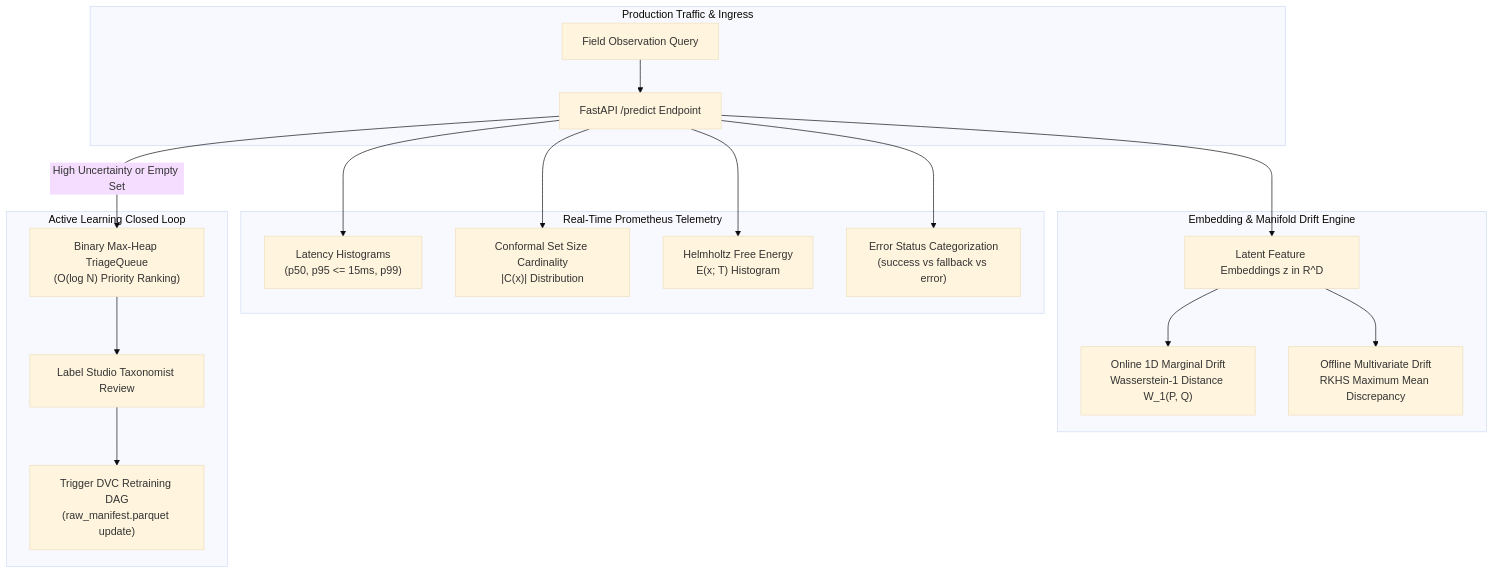
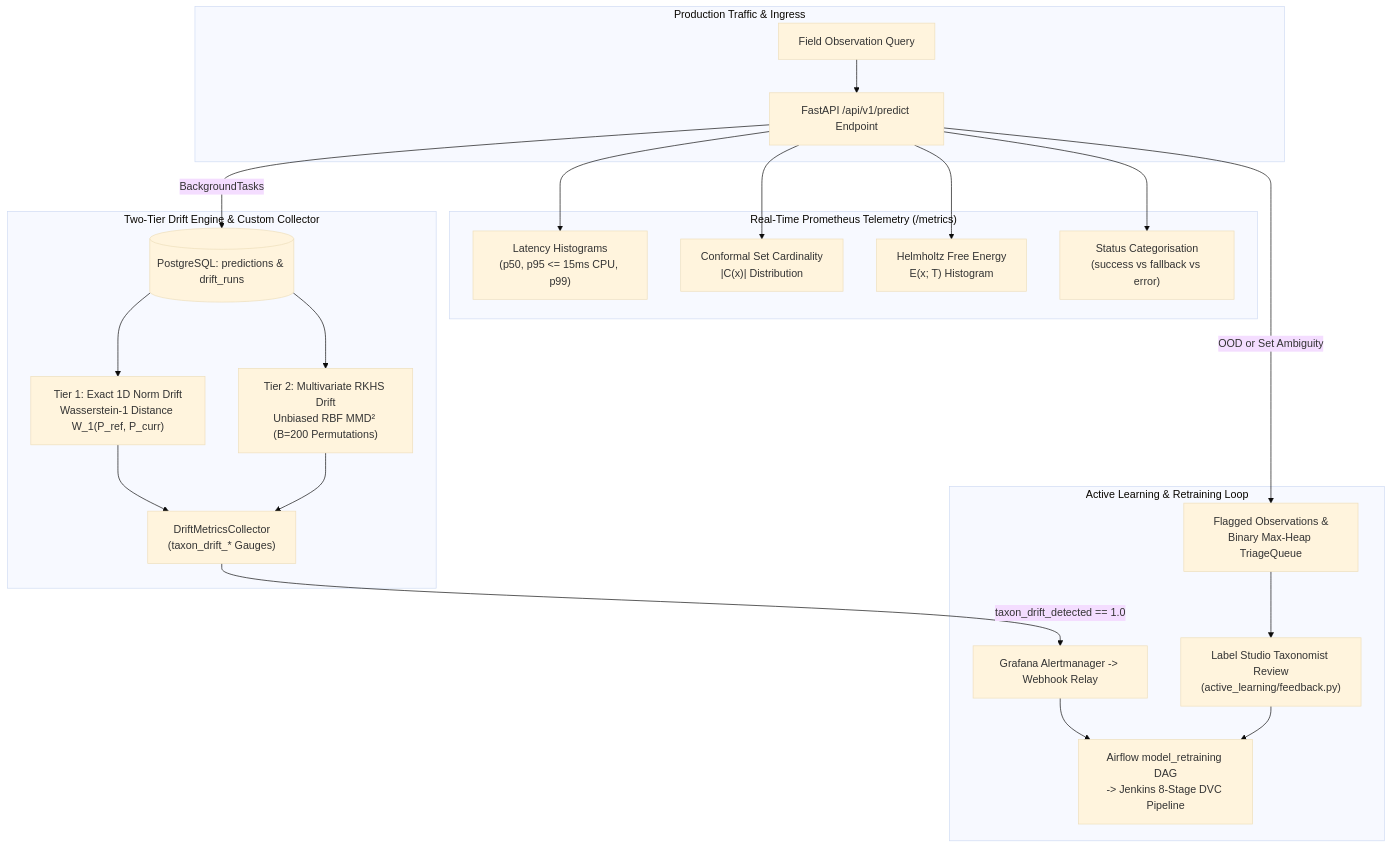
The first of 2 diagrams in docs/operations/prometheus_and_observability.md (foersben/taxon-vision-mlops), drawn with Mermaid (base theme) before and after one commit. The commit also changed other lines of this file and 26 other files, not shown here.

Commit message:
docs(zensical): document closed-loop MLOps, MLflow 3, drift orchestration, security, and staging

````diff
--- a/docs/operations/prometheus_and_observability.md
+++ b/docs/operations/prometheus_and_observability.md
@@ -19,25 +27,29 @@
 ```mermaid
 flowchart TD
     subgraph Ingestion["Production Traffic & Ingress"]
-        REQ["Field Observation Query"] --> API["FastAPI /predict Endpoint"]
+        REQ["Field Observation Query"] --> API["FastAPI /api/v1/predict Endpoint"]
     end
 
-    subgraph Monitoring["Real-Time Prometheus Telemetry"]
-        API --> LAT["Latency Histograms<br/>(p50, p95 <= 15ms, p99)"]
-        API --> SET["Conformal Set Size Cardinality<br/>|C(x)| Distribution"]
+    subgraph Monitoring["Real-Time Prometheus Telemetry (/metrics)"]
+        API --> LAT["Latency Histograms<br/>(p50, p95 <= 15ms CPU, p99)"]
+        API --> SET["Conformal Set Cardinality<br/>|C(x)| Distribution"]
         API --> OOD["Helmholtz Free Energy<br/>E(x; T) Histogram"]
-        API --> ERR["Error Status Categorization<br/>(success vs fallback vs error)"]
+        API --> ERR["Status Categorisation<br/>(success vs fallback vs error)"]
     end
 
-    subgraph Drift["Embedding & Manifold Drift Engine"]
-        API --> EMB["Latent Feature Embeddings z in R^D"]
-        EMB --> W1_DRIFT["Online 1D Marginal Drift<br/>Wasserstein-1 Distance W_1(P, Q)"]
-        EMB --> MMD["Offline Multivariate Drift<br/>RKHS Maximum Mean Discrepancy"]
+    subgraph Drift["Two-Tier Drift Engine & Custom Collector"]
+        API -->|BackgroundTasks| PG[("PostgreSQL: predictions & drift_runs")]
+        PG --> W1_DRIFT["Tier 1: Exact 1D Norm Drift<br/>Wasserstein-1 Distance W_1(P_ref, P_curr)"]
+        PG --> MMD["Tier 2: Multivariate RKHS Drift<br/>Unbiased RBF MMD² (B=200 Permutations)"]
+        W1_DRIFT --> COL["DriftMetricsCollector<br/>(taxon_drift_* Gauges)"]
+        MMD --> COL
     end
 
-    subgraph ClosedLoop["Active Learning Closed Loop"]
-        API -->|High Uncertainty or Empty Set| QUEUE["Binary Max-Heap TriageQueue<br/>(O(log N) Priority Ranking)"]
-        QUEUE --> LABEL["Label Studio Taxonomist Review"]
-        LABEL --> RETRAIN["Trigger DVC Retraining DAG<br/>(raw_manifest.parquet update)"]
+    subgraph ClosedLoop["Active Learning & Retraining Loop"]
+        API -->|OOD or Set Ambiguity| QUEUE["Flagged Observations &<br/>Binary Max-Heap TriageQueue"]
+        QUEUE --> LABEL["Label Studio Taxonomist Review<br/>(active_learning/feedback.py)"]
+        COL -->|taxon_drift_detected == 1.0| GRAF["Grafana Alertmanager -> Webhook Relay"]
+        GRAF --> RETRAIN["Airflow model_retraining DAG<br/>-> Jenkins 8-Stage DVC Pipeline"]
+        LABEL --> RETRAIN
     end
 ```
````
